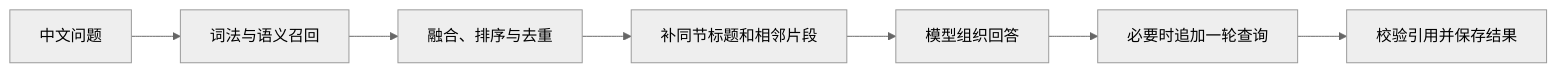
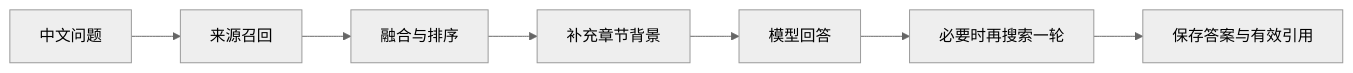
The diagram in .repo-review/knowledge/articles/c7ef9ab86227b21952d1f3567bf0ff43a7d5e858dd8fb114a0775b4a78d08de5.md (lejunyang/omem), drawn with Mermaid (neutral theme) before and after one commit. The commit also changed other lines of this file and 17 other files, not shown here.

Commit message:
docs(knowledge): refresh generic-flow guides and record live relevance gaps

````diff
--- a/.repo-review/knowledge/articles/c7ef9ab86227b21952d1f3567bf0ff43a7d5e858dd8fb114a0775b4a78d08de5.md
+++ b/.repo-review/knowledge/articles/c7ef9ab86227b21952d1f3567bf0ff43a7d5e858dd8fb114a0775b4a78d08de5.md
@@ -12,9 +12,9 @@
 ```mermaid
 flowchart LR
-  Q[中文问题] --> R[词法与语义召回]
-  R --> F[融合、排序与去重]
-  F --> C[补同节标题和相邻片段]
-  C --> M[模型组织回答]
-  M --> X[必要时追加一轮查询]
-  X --> V[校验引用并保存结果]
+  Q[中文问题] --> R[来源召回]
+  R --> F[融合与排序]
+  F --> C[补充章节背景]
+  C --> A[模型回答]
+  A --> S[必要时再搜索一轮]
+  S --> E[保存答案与有效引用]
 ```
````
